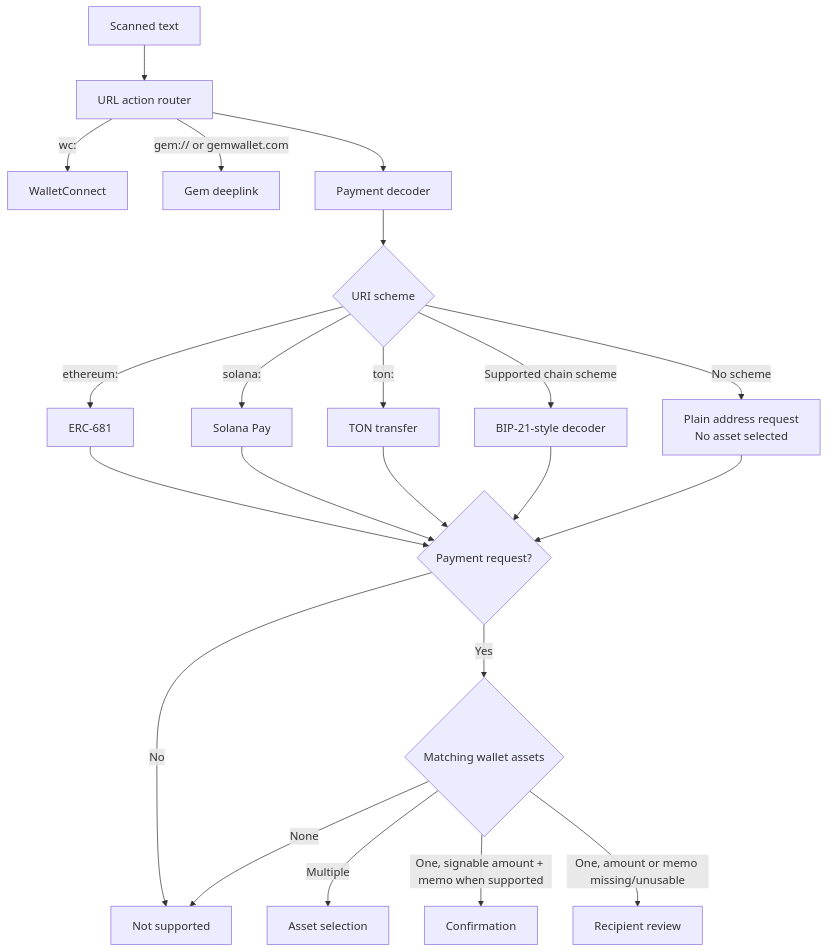
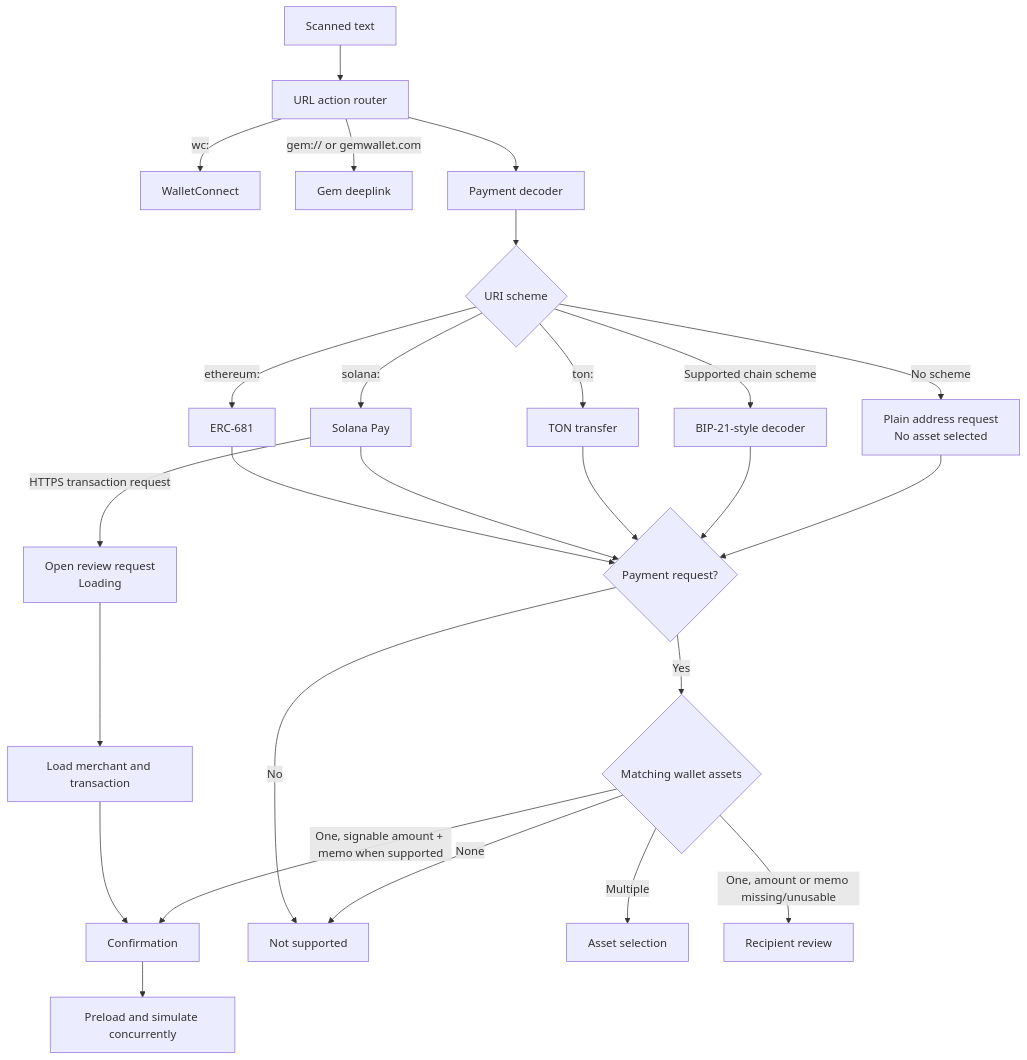
Before and after one commit to gemwalletcom/wallet: the diagram in docs/PAYMENTS.md, drawn with Mermaid. The commit also changed other lines of this file and 96 other files, not shown here.

Commit message:
Integrate Solana Pay transaction requests

````diff
--- a/docs/PAYMENTS.md
+++ b/docs/PAYMENTS.md
@@ -18,20 +18,24 @@
 ```mermaid
 flowchart TD
     Scan["Scanned text"] --> Action["URL action router"]
     Action -->|"wc:"| WalletConnect["WalletConnect"]
     Action -->|"gem:// or gemwallet.com"| Deeplink["Gem deeplink"]
     Action --> Decoder["Payment decoder"]
     Decoder --> Scheme{"URI scheme"}
     Scheme -->|"ethereum:"| ERC681["ERC-681"]
     Scheme -->|"solana:"| Solana["Solana Pay"]
     Scheme -->|"ton:"| TON["TON transfer"]
     Scheme -->|"Supported chain scheme"| BIP21["BIP-21-style decoder"]
     Scheme -->|"No scheme"| Address["Plain address request<br/>No asset selected"]
+    Solana -->|"HTTPS transaction request"| PaymentReview["Open review request<br/>Loading"]
+    PaymentReview --> Gateway["Load merchant and transaction"]
+    Gateway --> Confirm["Open confirmation"]
+    Confirm --> Simulation["Preload and simulate concurrently"]
     ERC681 & Solana & TON & BIP21 & Address --> Request{"Payment request?"}
     Request -->|"No"| Reject["Not supported"]
     Request -->|"Yes"| Assets{"Matching wallet assets"}
     Assets -->|"None"| Reject
     Assets -->|"Multiple"| Select["Asset selection"]
     Assets -->|"One, signable amount + memo when supported"| Confirm["Confirmation"]
     Assets -->|"One, amount or memo missing/unusable"| Recipient["Recipient review"]
 ```
````
